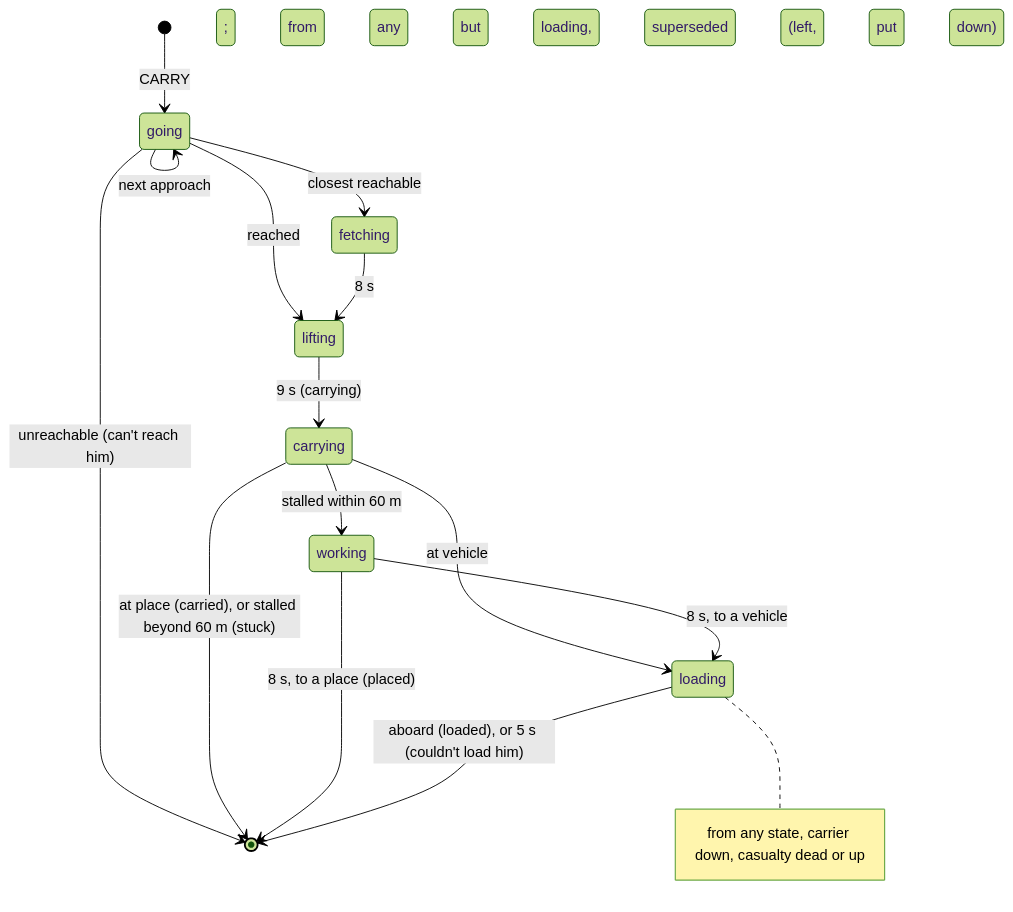
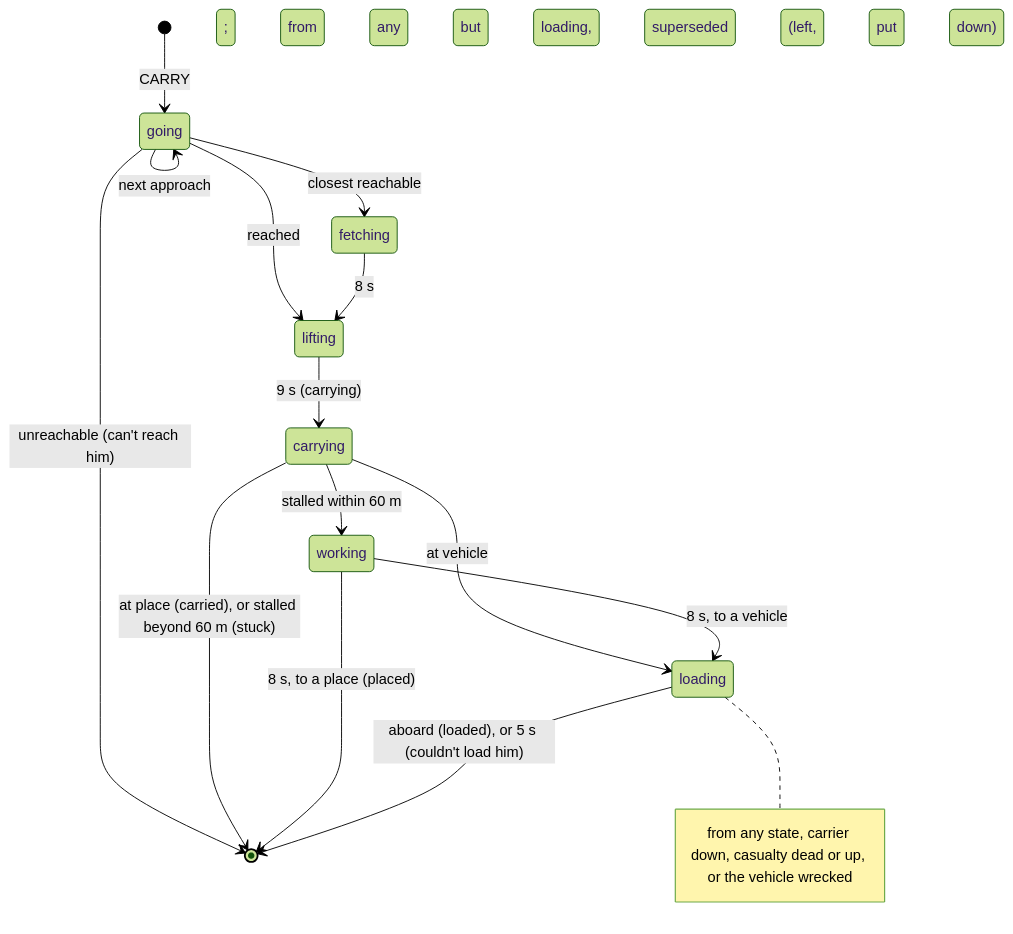
Before and after one commit to Neefay/arma3-llm-harness: the fourth of 25 diagrams in docs/COMMANDER_MODEL.md, drawn with Mermaid (forest theme). The commit also changed 143 other files, not shown here.

````diff
--- a/docs/COMMANDER_MODEL.md
+++ b/docs/COMMANDER_MODEL.md
@@ -307,23 +307,23 @@
 ```mermaid
 stateDiagram-v2
   state "going" as going
   state "fetching" as fetching
   state "lifting" as lifting
   state "carrying" as carrying
   state "working" as working
   state "loading" as loading
   [*] --> going: CARRY
   going --> going: next approach
   going --> lifting: reached
   going --> fetching: closest reachable
   going --> [*]: unreachable (can't reach him)
   fetching --> lifting: 8 s
   lifting --> carrying: 9 s (carrying)
   carrying --> loading: at vehicle
   carrying --> working: stalled within 60 m
   carrying --> [*]: at place (carried), or stalled beyond 60 m (stuck)
   working --> loading: 8 s, to a vehicle
   working --> [*]: 8 s, to a place (placed)
   loading --> [*]: aboard (loaded), or 5 s (couldn't load him)
-  note right of loading: from any state, carrier down, casualty dead or up; from any but loading, superseded (left, put down)
+  note right of loading: from any state, carrier down, casualty dead or up, or the vehicle wrecked; from any but loading, superseded (left, put down)
 ```
````
